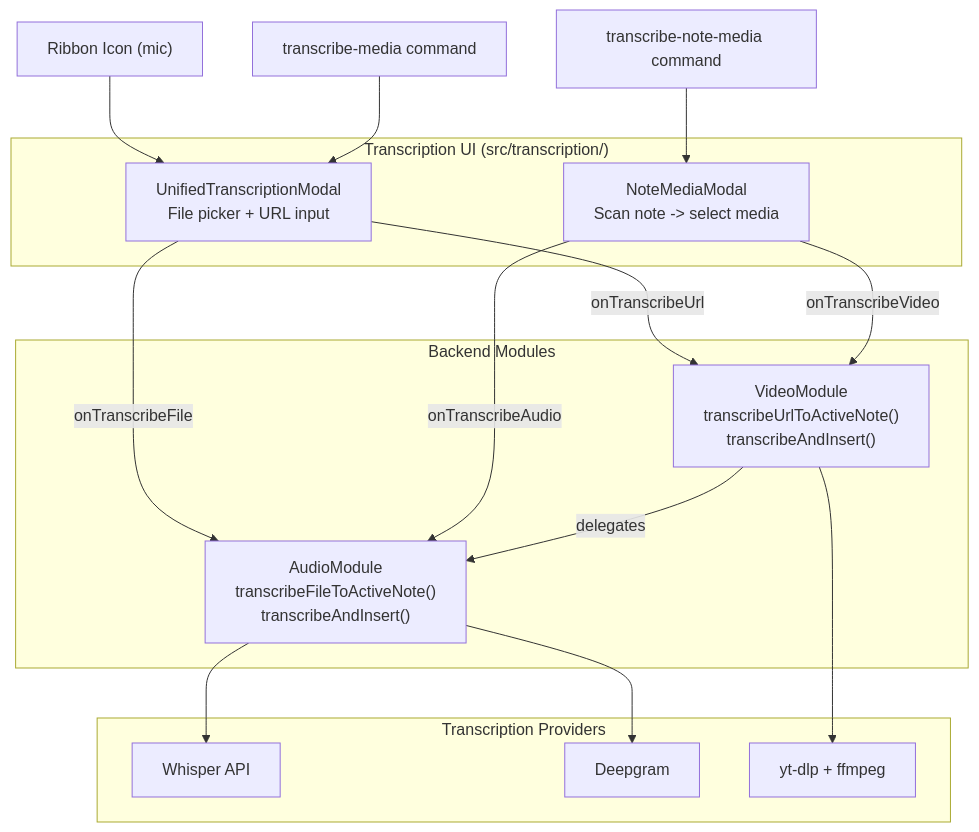
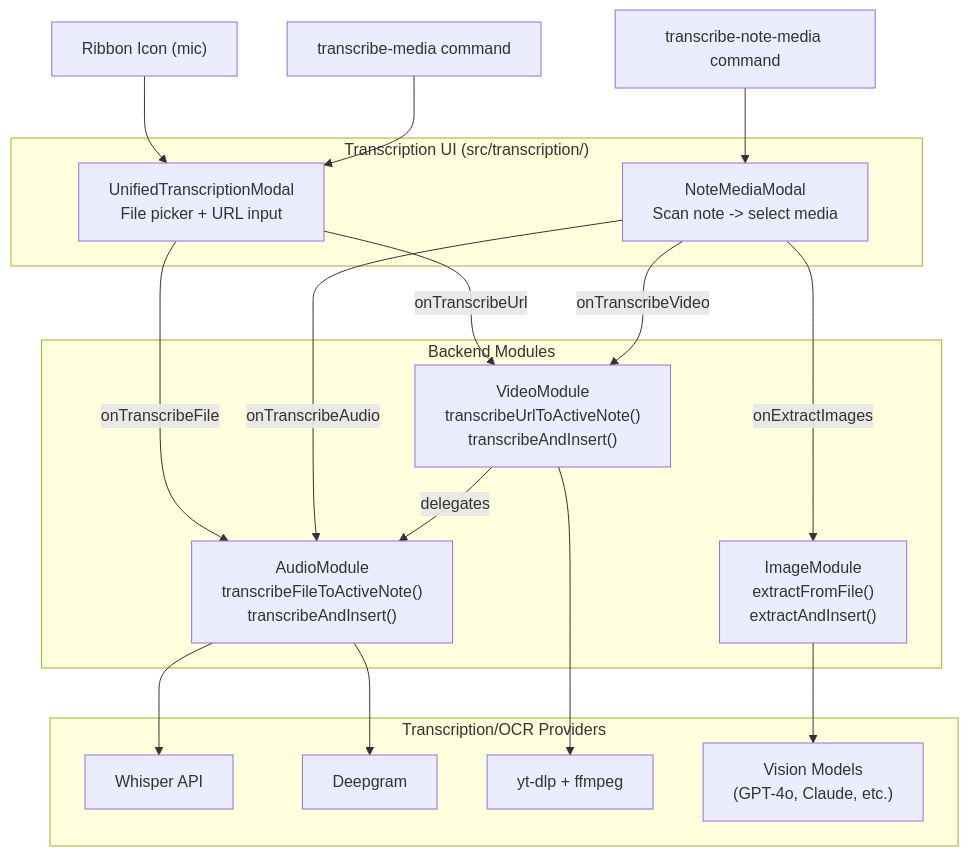
One commit to dustinkeeton/obsidian-synapse changed the fifth of 9 diagrams in ARCHITECTURE.md. Above: the diagram before and after it, drawn with Mermaid. The commit also changed other lines of this file and 21 other files, not shown here.

````diff
--- a/ARCHITECTURE.md
+++ b/ARCHITECTURE.md
@@ -275,32 +294,36 @@
 ```mermaid
 graph TB
     subgraph UI["Transcription UI (src/transcription/)"]
         UM["UnifiedTranscriptionModal<br/>File picker + URL input"]
         NM["NoteMediaModal<br/>Scan note -> select media"]
     end
 
     subgraph Backend["Backend Modules"]
         Audio["AudioModule<br/>transcribeFileToActiveNote()<br/>transcribeAndInsert()"]
         Video["VideoModule<br/>transcribeUrlToActiveNote()<br/>transcribeAndInsert()"]
+        Image["ImageModule<br/>extractFromFile()<br/>extractAndInsert()"]
     end
 
-    subgraph Providers["Transcription Providers"]
+    subgraph Providers["Transcription/OCR Providers"]
         Whisper["Whisper API"]
         Deepgram["Deepgram"]
         YtDlp["yt-dlp + ffmpeg"]
+        Vision["Vision Models<br/>(GPT-4o, Claude, etc.)"]
     end
 
     Ribbon["Ribbon Icon (mic)"] --> UM
     Cmd1["transcribe-media command"] --> UM
     Cmd2["transcribe-note-media command"] --> NM
 
     UM -->|onTranscribeFile| Audio
     UM -->|onTranscribeUrl| Video
     NM -->|onTranscribeAudio| Audio
     NM -->|onTranscribeVideo| Video
+    NM -->|onExtractImages| Image
 
     Audio --> Whisper
     Audio --> Deepgram
     Video --> YtDlp
     Video -->|delegates| Audio
+    Image --> Vision
 ```
````
